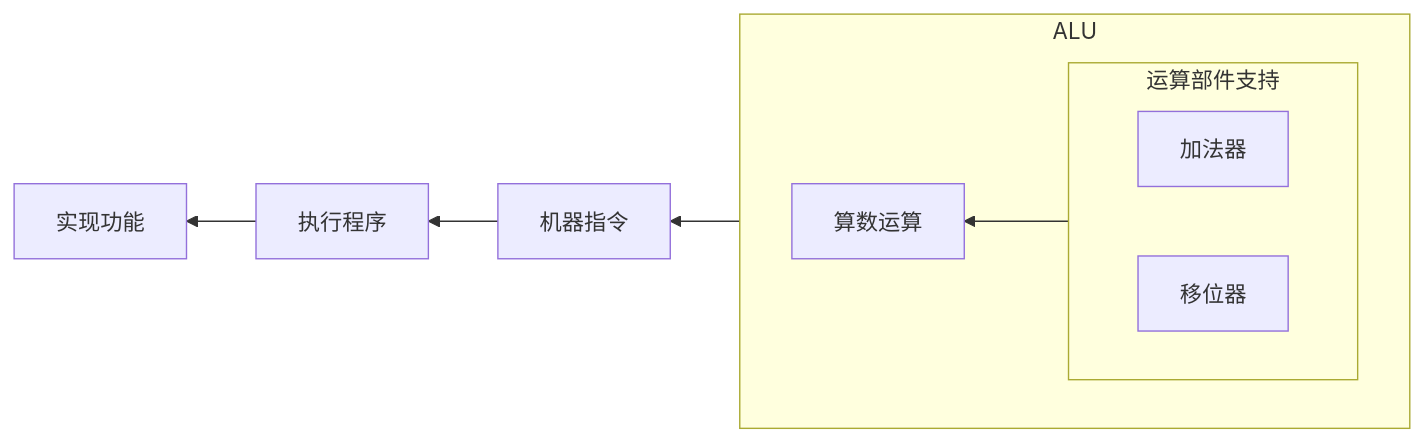
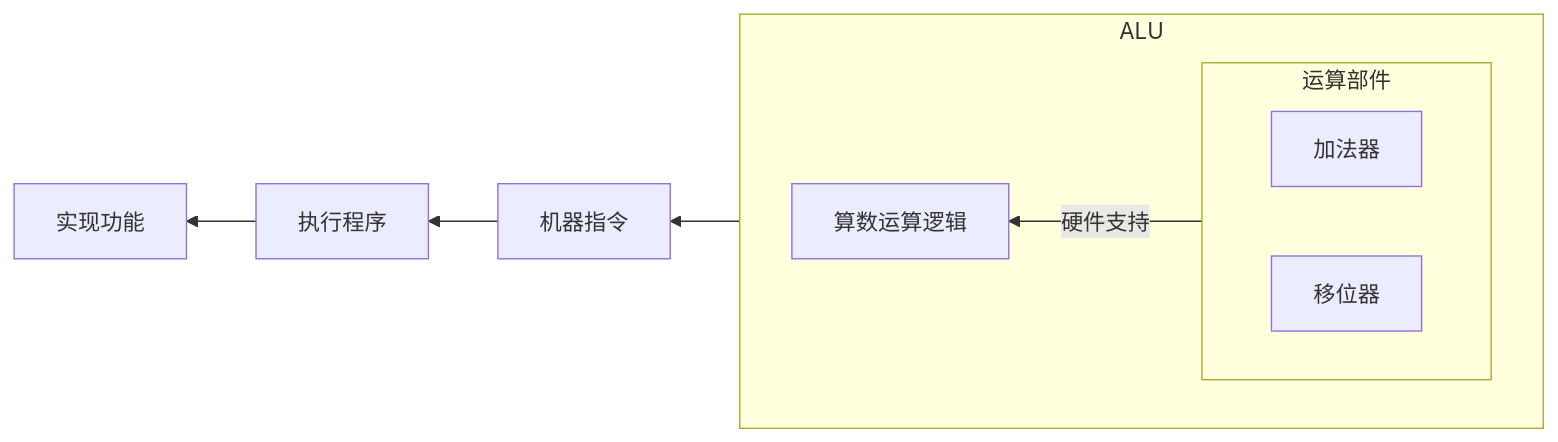
The diagram in source/_posts/GPA/5th-term/ComputerOrganization.md (Explorer-Dong/explorer-dong.github.io), drawn with Mermaid before and after one commit. The commit also changed other lines of this file, not shown here.

````diff
--- a/source/_posts/GPA/5th-term/ComputerOrganization.md
+++ b/source/_posts/GPA/5th-term/ComputerOrganization.md
@@ -133,20 +139,20 @@
 ```mermaid
 graph RL
     实现功能
     执行程序
     机器指令
     subgraph ALU
     direction RL
-    算数运算
-    subgraph 运算部件支持
+    算数运算逻辑
+    subgraph 运算部件
     direction LR
     加法器
     移位器
     end
     end
     
-    运算部件支持 --> 算数运算
+    运算部件 -->|硬件支持| 算数运算逻辑
     ALU --> 机器指令
     机器指令 --> 执行程序
     执行程序 --> 实现功能
 ```
````
